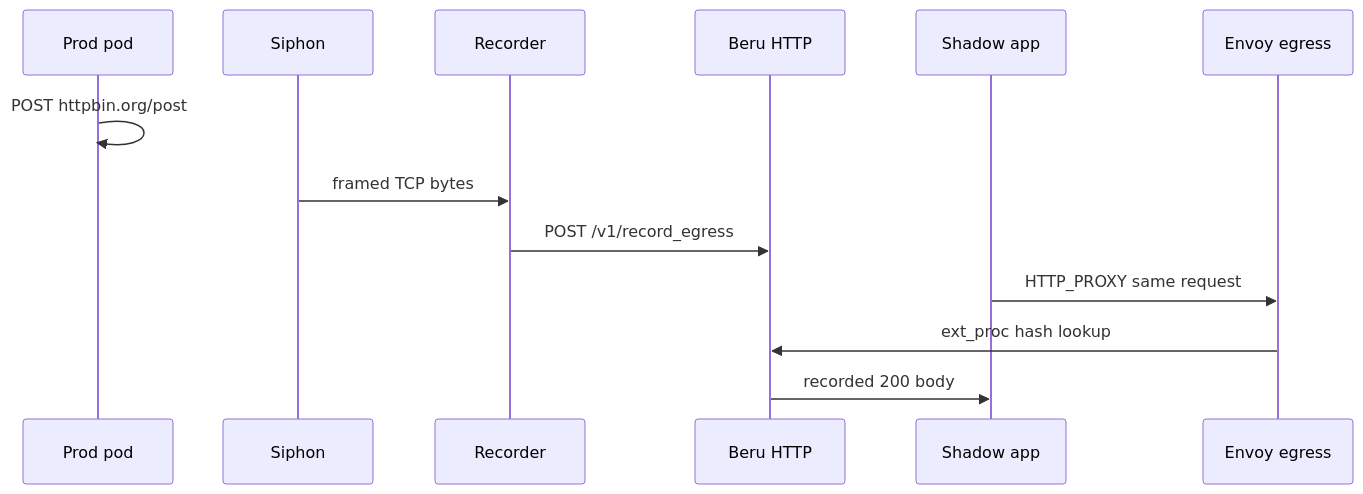
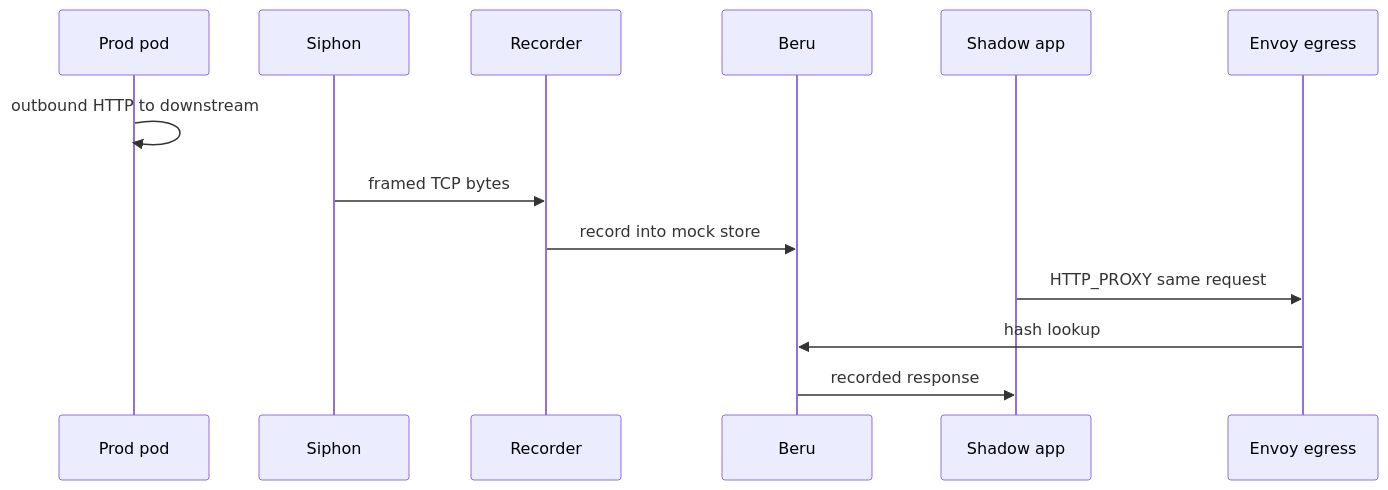
Before and after one commit to nederrgo/shadow-diff: the fifth of 5 diagrams in docs/architecture/ARCHITECTURE.md, drawn with Mermaid. The commit also changed other lines of this file and 4 other files, not shown here.

````diff
--- a/docs/architecture/ARCHITECTURE.md
+++ b/docs/architecture/ARCHITECTURE.md
@@ -413,16 +280,16 @@
 ```mermaid
 sequenceDiagram
   participant P as Prod pod
   participant S as Siphon
   participant R as Recorder
-  participant B as Beru HTTP
+  participant B as Beru
   participant Sh as Shadow app
   participant E as Envoy egress
 
-  P->>P: POST httpbin.org/post
+  P->>P: outbound HTTP to downstream
   S->>R: framed TCP bytes
-  R->>B: POST /v1/record_egress
+  R->>B: record into mock store
   Sh->>E: HTTP_PROXY same request
-  E->>B: ext_proc hash lookup
-  B->>Sh: recorded 200 body
+  E->>B: hash lookup
+  B->>Sh: recorded response
 ```
````
